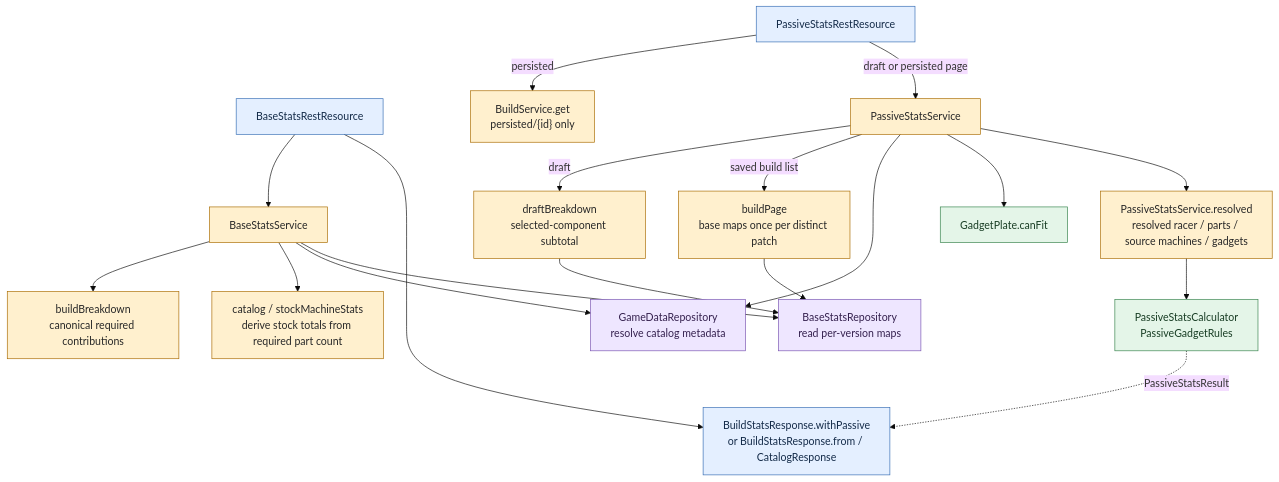
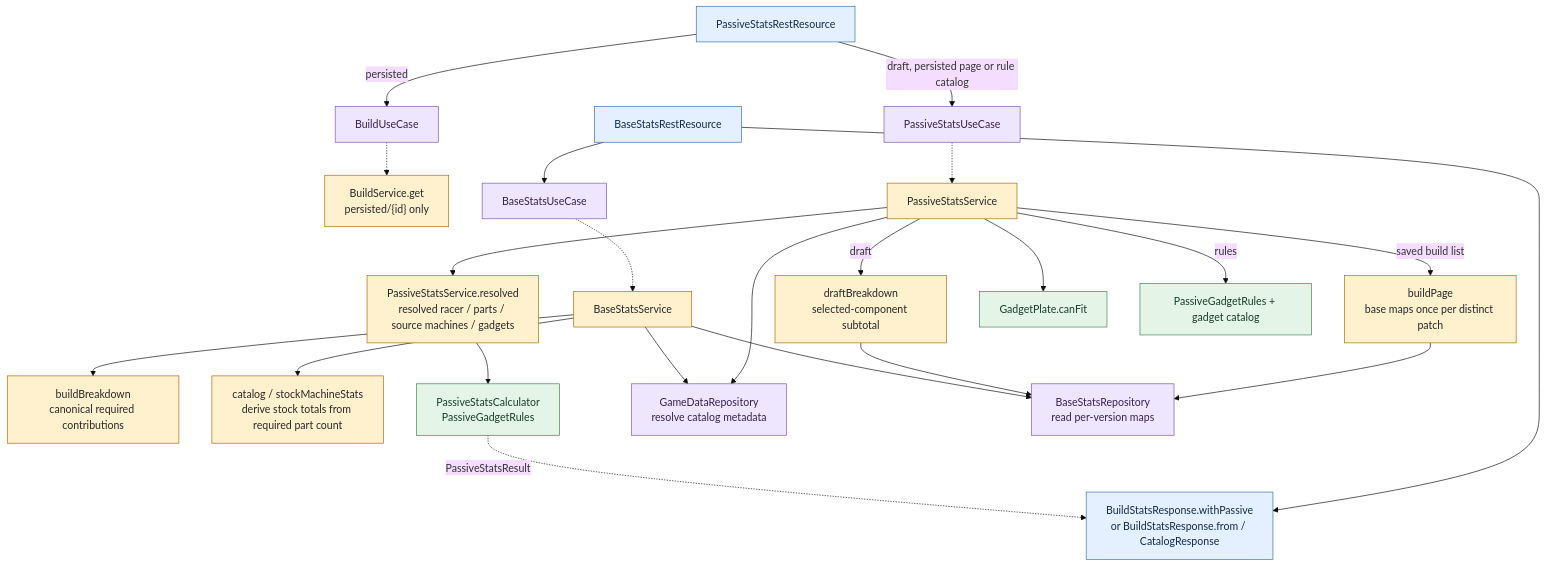
Before and after one commit to alexungu04genoff/RingLab: diagram 13 of 31 in docs/architecture-atlas.md, drawn with Mermaid (base theme). The commit also changed other lines of this file and 100 other files, not shown here.

````diff
--- a/docs/architecture-atlas.md
+++ b/docs/architecture-atlas.md
@@ -714,38 +736,39 @@
 ```mermaid
 flowchart TB
   br["BaseStatsRestResource"]:::rest
   pr["PassiveStatsRestResource"]:::rest
   bs["BuildService.get<br/>persisted/{id} only"]:::app
   base["BaseStatsService"]:::app
   passive["PassiveStatsService"]:::app
   build["buildBreakdown<br/>canonical required contributions"]:::app
   draft["draftBreakdown<br/>selected-component subtotal"]:::app
   page["buildPage<br/>base maps once per distinct patch"]:::app
   cat["catalog / stockMachineStats<br/>derive stock totals from required part count"]:::app
   resolved["PassiveStatsService.resolved<br/>resolved racer / parts / source machines / gadgets"]:::app
   plate["GadgetPlate.canFit"]:::domain
   calc["PassiveStatsCalculator<br/>PassiveGadgetRules"]:::domain
   dto["BuildStatsResponse.withPassive<br/>or BuildStatsResponse.from / CatalogResponse"]:::rest
   game["GameDataRepository<br/>resolve catalog metadata"]:::port
   stats["BaseStatsRepository<br/>read per-version maps"]:::port
-  br --> base
+  br --> baseInput["BaseStatsUseCase"]:::port -.-> base
   base --> build
   base --> cat
   base --> game
   base --> stats
-  pr -->|"persisted"| bs
-  pr -->|"draft or persisted page"| passive
+  pr -->|"persisted"| builds["BuildUseCase"]:::port -.-> bs
+  pr -->|"draft, persisted page or rule catalog"| input["PassiveStatsUseCase"]:::port -.-> passive
+  passive -->|"rules"| metadata["PassiveGadgetRules + gadget catalog"]:::domain
   passive -->|"draft"| draft
   passive -->|"saved build list"| page
   passive --> game
   passive --> plate
   draft --> stats
   page --> stats
   passive --> resolved --> calc
   calc -.->|"PassiveStatsResult"| dto
   br --> dto
   classDef rest fill:#e4efff,stroke:#356db4,color:#142b49
   classDef app fill:#fff0ce,stroke:#a96b00,color:#272727
   classDef domain fill:#e4f5e8,stroke:#37834c,color:#183d24
   classDef port fill:#eee6ff,stroke:#7954b1,color:#35214f
 ```
````
